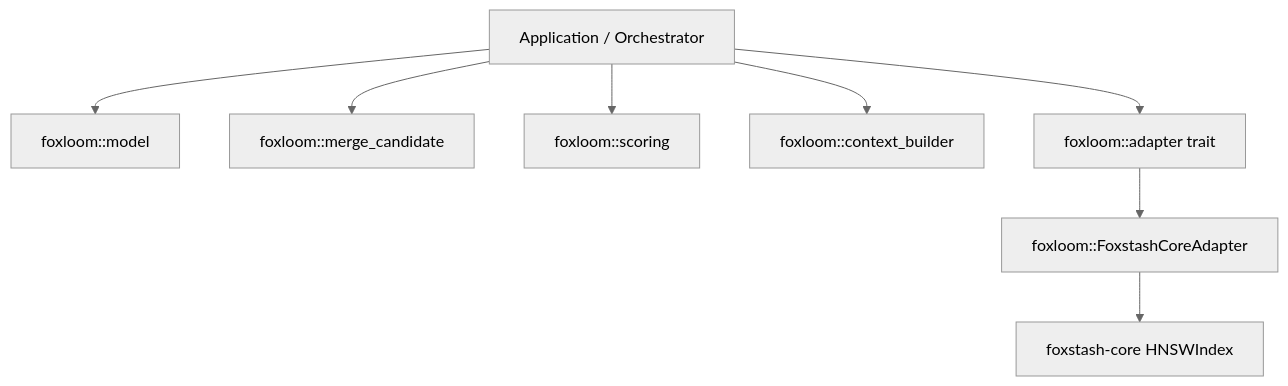
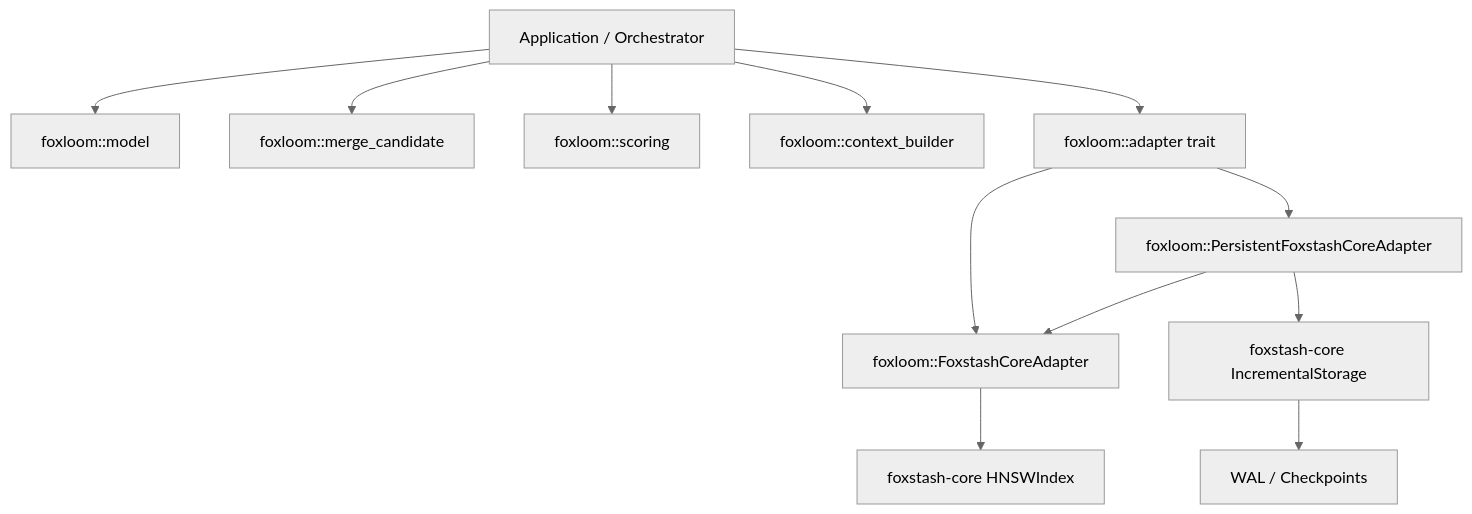
One commit to Narcoleptic-Fox/foxloom changed the first of 2 diagrams in docs/ARCHITECTURE.md. Above: the diagram before and after it, drawn with Mermaid (neutral theme). The commit also changed other lines of this file and 6 other files, not shown here.

First line of the commit message:
feat: add PersistentFoxstashCoreAdapter with WAL-backed persistence and recovery

````diff
--- a/docs/ARCHITECTURE.md
+++ b/docs/ARCHITECTURE.md
@@ -14,10 +14,14 @@
 ```mermaid
 graph TD
     A[Application / Orchestrator] --> B[foxloom::model]
     A --> C[foxloom::merge_candidate]
     A --> D[foxloom::scoring]
     A --> E[foxloom::context_builder]
     A --> F[foxloom::adapter trait]
     F --> G[foxloom::FoxstashCoreAdapter]
+    F --> I[foxloom::PersistentFoxstashCoreAdapter]
     G --> H[foxstash-core HNSWIndex]
+    I --> G
+    I --> J[foxstash-core IncrementalStorage]
+    J --> K[WAL / Checkpoints]
 ```
````
